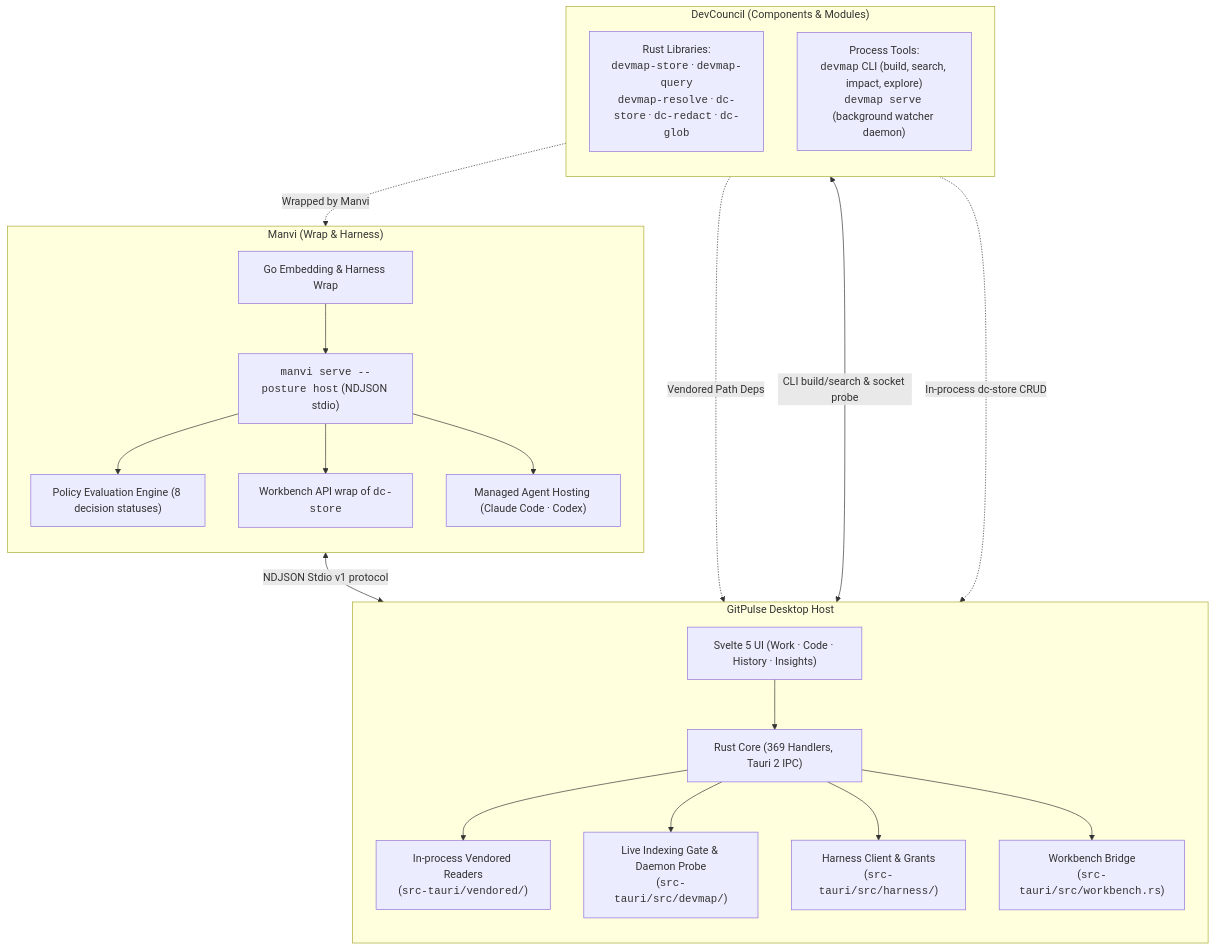
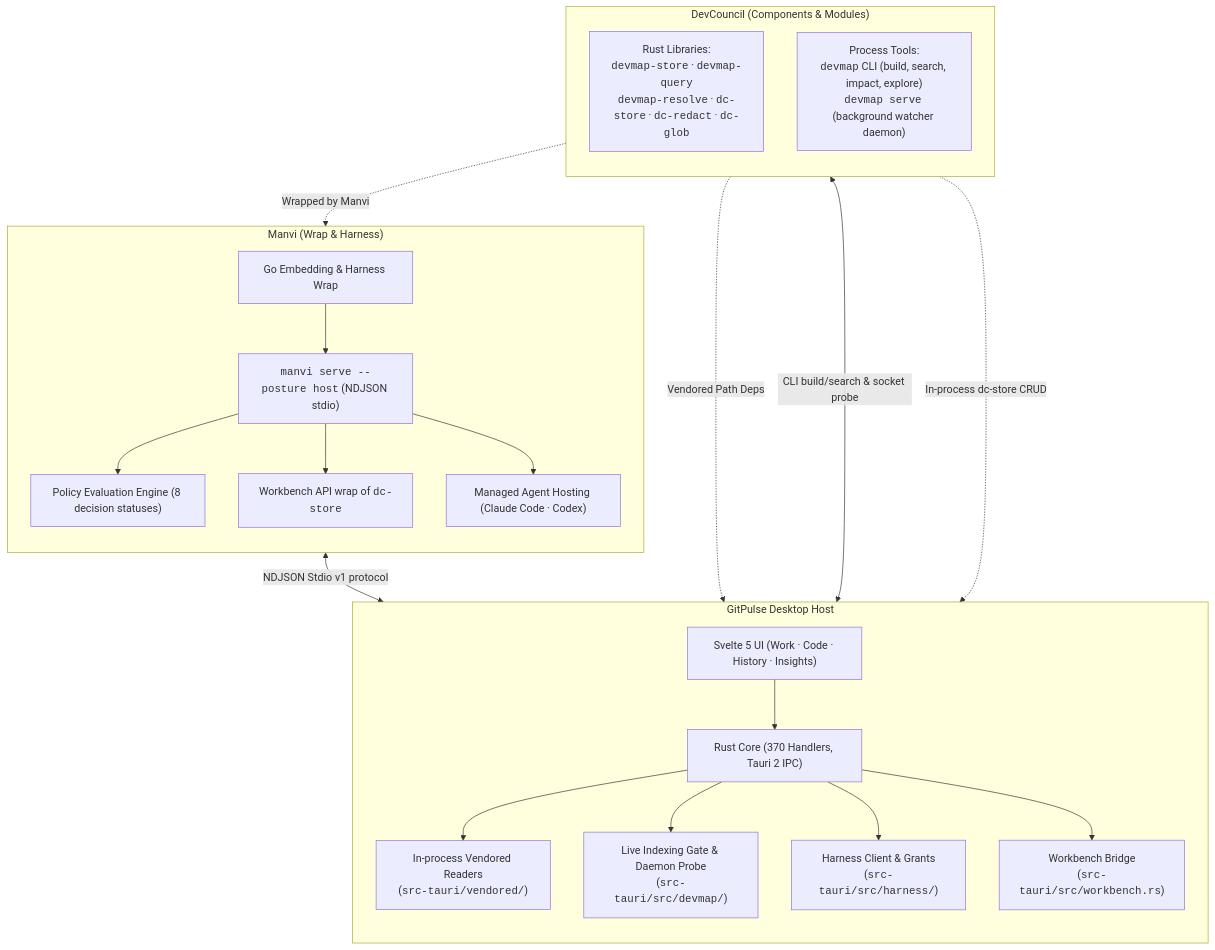
One commit to bharathvbcr/GitPulse changed the first of 3 diagrams in docs/MODULE_INTEGRATION.md. Above: the diagram before and after it, drawn with Mermaid. The commit also changed 4 other files, not shown here.

````diff
--- a/docs/MODULE_INTEGRATION.md
+++ b/docs/MODULE_INTEGRATION.md
@@ -40,43 +40,43 @@
 ```mermaid
 flowchart TD
     subgraph DevCouncil["DevCouncil (Components & Modules)"]
         direction TB
         DCLibs["Rust Libraries:<br/><code>devmap-store</code> · <code>devmap-query</code><br/><code>devmap-resolve</code> · <code>dc-store</code> · <code>dc-redact</code> · <code>dc-glob</code>"]
         DCCLI["Process Tools:<br/><code>devmap</code> CLI (build, search, impact, explore)<br/><code>devmap serve</code> (background watcher daemon)"]
     end
 
     subgraph Manvi["Manvi (Wrap & Harness)"]
         direction TB
         ManviWrap["Go Embedding & Harness Wrap"]
         ManviSidecar["<code>manvi serve --posture host</code> (NDJSON stdio)"]
         ManviPolicy["Policy Evaluation Engine (8 decision statuses)"]
         ManviWorkbench["Workbench API wrap of <code>dc-store</code>"]
         ManviAgents["Managed Agent Hosting (Claude Code · Codex)"]
         ManviWrap --> ManviSidecar
         ManviSidecar --> ManviPolicy
         ManviSidecar --> ManviWorkbench
         ManviSidecar --> ManviAgents
     end
 
     subgraph GitPulseHost["GitPulse Desktop Host"]
         direction TB
         UIHost["Svelte 5 UI (Work · Code · History · Insights)"]
-        RustIPC["Rust Core (369 Handlers, Tauri 2 IPC)"]
+        RustIPC["Rust Core (370 Handlers, Tauri 2 IPC)"]
         InProcessReaders["In-process Vendored Readers<br/>(<code>src-tauri/vendored/</code>)"]
         CLIGate["Live Indexing Gate & Daemon Probe<br/>(<code>src-tauri/src/devmap/</code>)"]
         HarnessClient["Harness Client & Grants<br/>(<code>src-tauri/src/harness/</code>)"]
         WorkbenchCmd["Workbench Bridge<br/>(<code>src-tauri/src/workbench.rs</code>)"]
 
         UIHost --> RustIPC
         RustIPC --> InProcessReaders
         RustIPC --> CLIGate
         RustIPC --> HarnessClient
         RustIPC --> WorkbenchCmd
     end
 
     DCLibs -.->|Vendored Path Deps| InProcessReaders
     DCCLI <-->|CLI build/search & socket probe| CLIGate
     DCLibs -.->|Wrapped by Manvi| ManviWorkbench
     ManviSidecar <-->|NDJSON Stdio v1 protocol| HarnessClient
     DCLibs -.->|In-process dc-store CRUD| WorkbenchCmd
 ```
````
